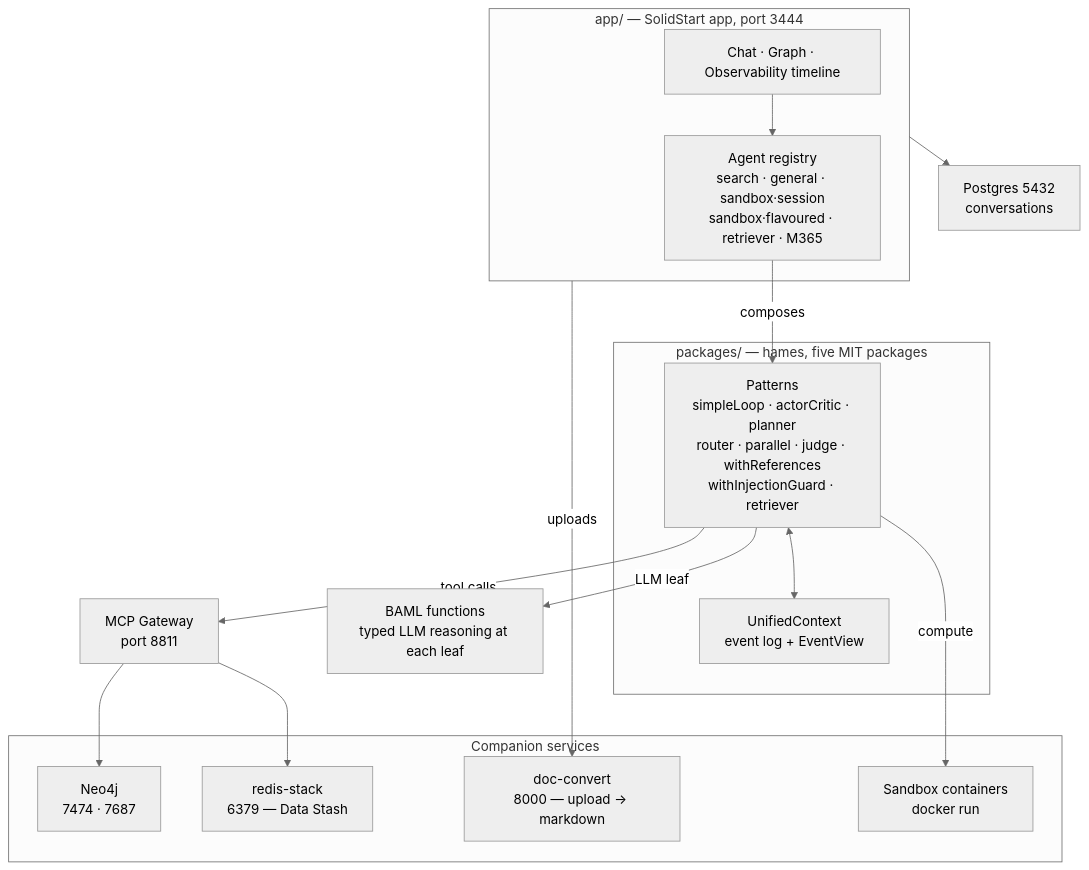
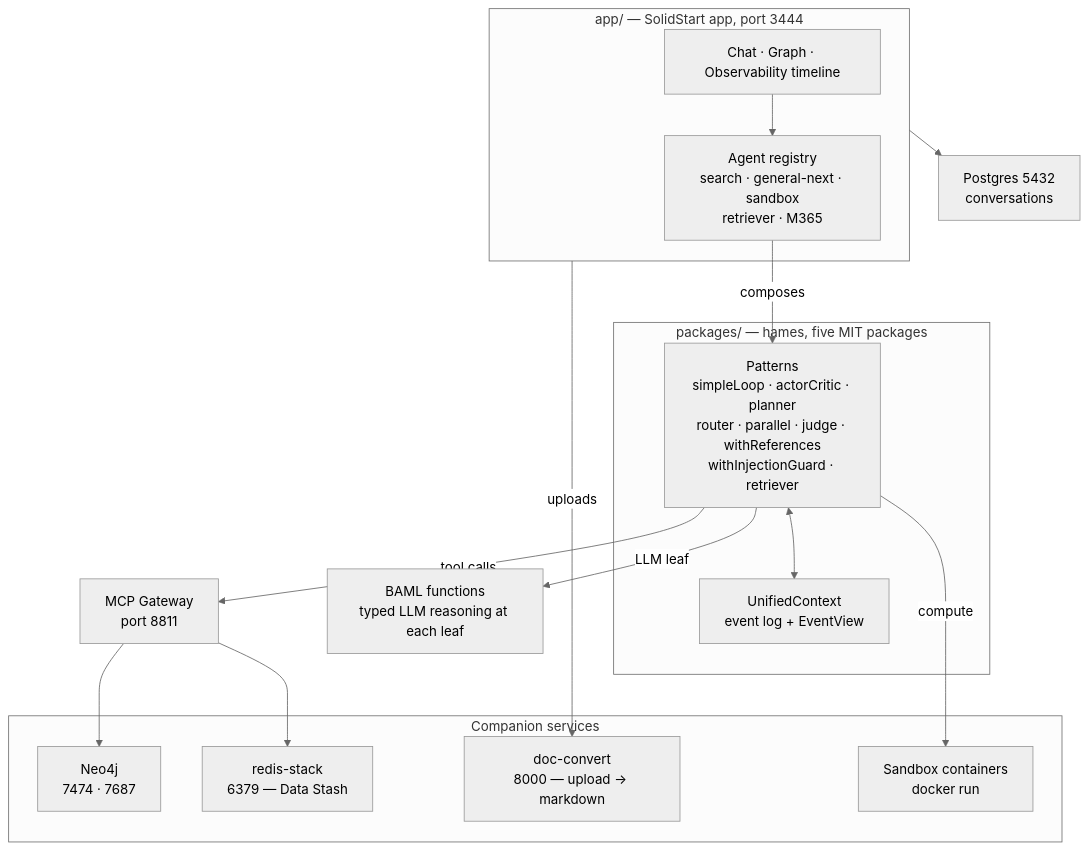
The diagram in README.md (mknw/hames-playground), drawn with Mermaid (neutral theme) before and after one commit. The commit also changed other lines of this file and 11 other files, not shown here.

````diff
--- a/README.md
+++ b/README.md
@@ -239,35 +239,35 @@
 ```mermaid
 flowchart TB
     subgraph APP["app/ — SolidStart app, port 3444"]
         UI["Chat · Graph · Observability timeline"]
-        REG["Agent registry<br/>search · general · sandbox·session<br/>sandbox·flavoured · retriever · M365"]
+        REG["Agent registry<br/>search · general-next · sandbox<br/>retriever · M365"]
         UI --> REG
     end
 
     subgraph HAMES["packages/ — hames, five MIT packages"]
         PAT["Patterns<br/>simpleLoop · actorCritic · planner<br/>router · parallel · judge · withReferences<br/>withInjectionGuard · retriever"]
         CTX["UnifiedContext<br/>event log + EventView"]
         PAT <--> CTX
     end
 
     BAML["BAML functions<br/>typed LLM reasoning at each leaf"]
     GW["MCP Gateway<br/>port 8811"]
 
     subgraph SVC["Companion services"]
         NEO["Neo4j<br/>7474 · 7687"]
         RDS["redis-stack<br/>6379 — Data Stash"]
         DOC["doc-convert<br/>8000 — upload → markdown"]
         SBX["Sandbox containers<br/>docker run"]
     end
 
     PG["Postgres 5432<br/>conversations"]
 
     REG -- composes --> PAT
     PAT -- LLM leaf --> BAML
     PAT -- tool calls --> GW
     PAT -- compute --> SBX
     GW --> NEO
     GW --> RDS
     APP -- uploads --> DOC
     APP --> PG
 ```
````
